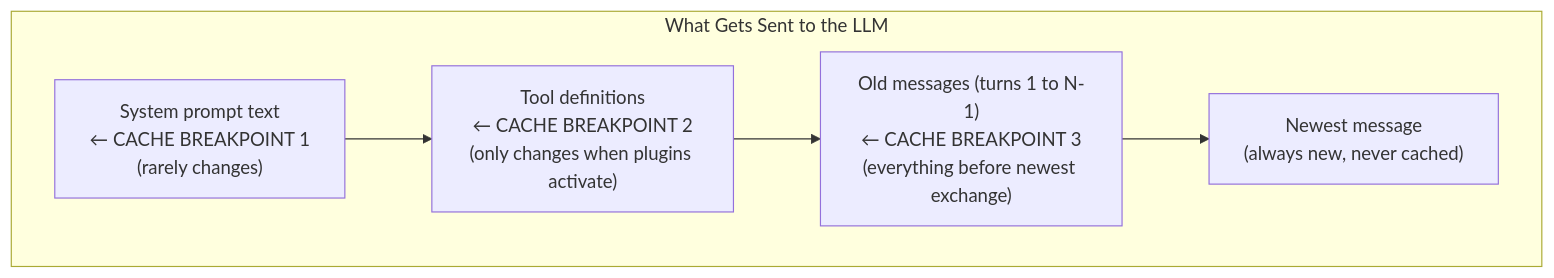
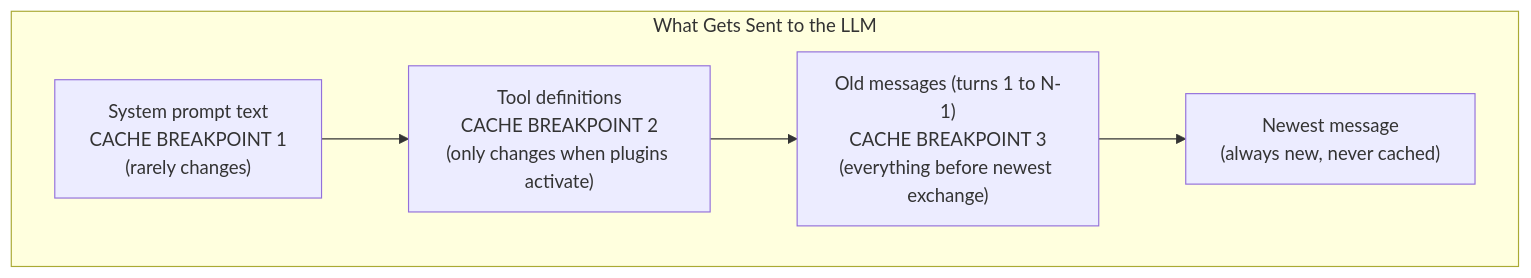
Before and after one commit to 2kages/agent-learning: the fifth of 17 diagrams in context-management.md, drawn with Mermaid. The commit also changed other lines of this file and 2 other files, not shown here.

````diff
--- a/context-management.md
+++ b/context-management.md
@@ -122,11 +153,11 @@
 ```mermaid
 flowchart TD
     subgraph CACHED ["What Gets Sent to the LLM"]
-        BP1["System prompt text<br/>← CACHE BREAKPOINT 1<br/>(rarely changes)"]
-        BP2["Tool definitions<br/>← CACHE BREAKPOINT 2<br/>(only changes when plugins activate)"]
-        BP3["Old messages (turns 1 to N-1)<br/>← CACHE BREAKPOINT 3<br/>(everything before newest exchange)"]
+        BP1["System prompt text<br/>CACHE BREAKPOINT 1<br/>(rarely changes)"]
+        BP2["Tool definitions<br/>CACHE BREAKPOINT 2<br/>(only changes when plugins activate)"]
+        BP3["Old messages (turns 1 to N-1)<br/>CACHE BREAKPOINT 3<br/>(everything before newest exchange)"]
         NEW["Newest message<br/>(always new, never cached)"]
 
         BP1 --> BP2 --> BP3 --> NEW
     end
 ```
````
